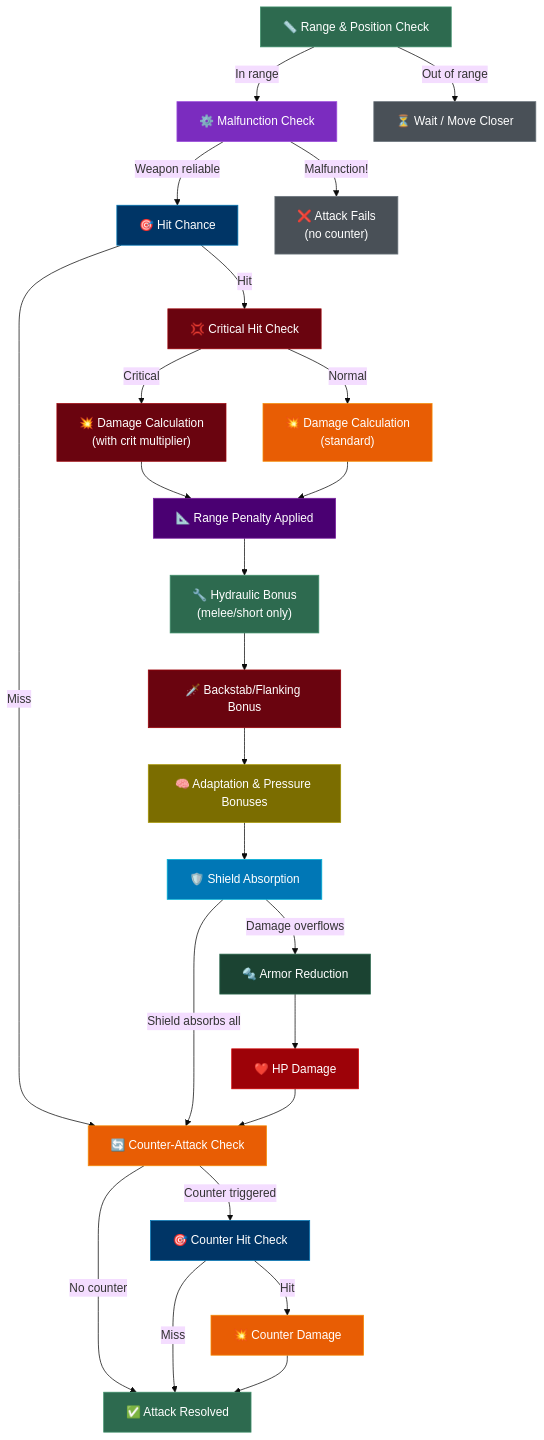
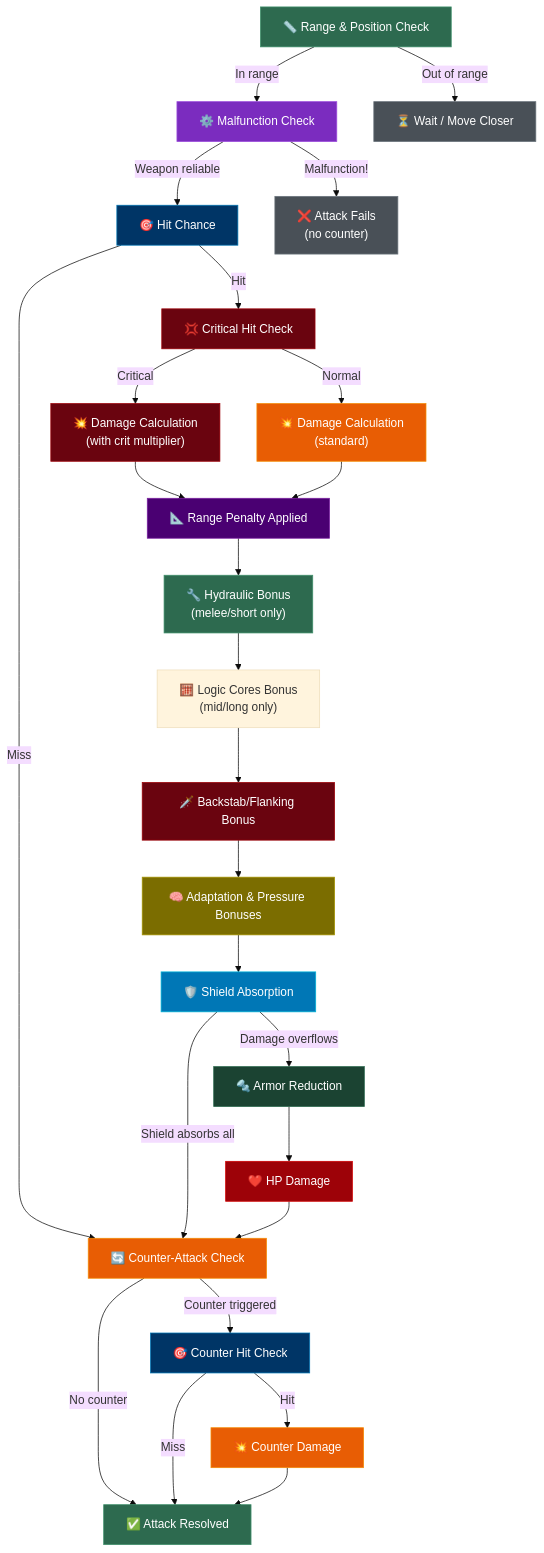
Before and after one commit to RobertTeunissen/ArmouredSouls: the diagram in app/backend/src/content/guide/combat/battle-flow.md, drawn with Mermaid (base theme). The commit also changed other lines of this file and 9 other files, not shown here.

Commit message:
docs(combat): Season 2 Hydraulic Systems retune and Logic Cores ranged damage (#519)

````diff
--- a/app/backend/src/content/guide/combat/battle-flow.md
+++ b/app/backend/src/content/guide/combat/battle-flow.md
@@ -70,45 +70,46 @@
 ```mermaid
 flowchart TD
     R["📏 Range & Position Check"] -->|In range| A["⚙️ Malfunction Check"]
     R -->|Out of range| W["⏳ Wait / Move Closer"]
     A -->|Weapon reliable| B["🎯 Hit Chance"]
     A -->|Malfunction!| F["❌ Attack Fails\n(no counter)"]
     B -->|Hit| C["💢 Critical Hit Check"]
     B -->|Miss| H["🔄 Counter-Attack Check"]
     C -->|Critical| D1["💥 Damage Calculation\n(with crit multiplier)"]
     C -->|Normal| D2["💥 Damage Calculation\n(standard)"]
     D1 --> RNG["📐 Range Penalty Applied"]
     D2 --> RNG
     RNG --> HYD["🔧 Hydraulic Bonus\n(melee/short only)"]
-    HYD --> BS["🗡️ Backstab/Flanking Bonus"]
+    HYD --> LCB["🧮 Logic Cores Bonus\n(mid/long only)"]
+    LCB --> BS["🗡️ Backstab/Flanking Bonus"]
     BS --> ADP["🧠 Adaptation & Pressure Bonuses"]
     ADP --> E1["🛡️ Shield Absorption"]
     E1 -->|Shield absorbs all| H
     E1 -->|Damage overflows| E2["🔩 Armor Reduction"]
     E2 --> E3["❤️ HP Damage"]
     E3 --> H
     H -->|Counter triggered| H2["🎯 Counter Hit Check"]
     H -->|No counter| G["✅ Attack Resolved"]
     H2 -->|Hit| H3["💥 Counter Damage"]
     H2 -->|Miss| G
     H3 --> G
     style R fill:#2d6a4f,stroke:#40916c,color:#fff
     style A fill:#7b2cbf,stroke:#9d4edd,color:#fff
     style B fill:#003566,stroke:#0077b6,color:#fff
     style C fill:#6a040f,stroke:#9d0208,color:#fff
     style D1 fill:#6a040f,stroke:#9d0208,color:#fff
     style D2 fill:#e85d04,stroke:#f48c06,color:#fff
     style RNG fill:#4a0072,stroke:#7b1fa2,color:#fff
     style HYD fill:#2d6a4f,stroke:#40916c,color:#fff
     style BS fill:#6a040f,stroke:#9d0208,color:#fff
     style ADP fill:#7b6d00,stroke:#a69500,color:#fff
     style E1 fill:#0077b6,stroke:#00b4d8,color:#fff
     style E2 fill:#1b4332,stroke:#2d6a4f,color:#fff
     style E3 fill:#9d0208,stroke:#d00000,color:#fff
     style F fill:#495057,stroke:#6c757d,color:#fff
     style G fill:#2d6a4f,stroke:#40916c,color:#fff
     style W fill:#495057,stroke:#6c757d,color:#fff
     style H fill:#e85d04,stroke:#f48c06,color:#fff
     style H2 fill:#003566,stroke:#0077b6,color:#fff
     style H3 fill:#e85d04,stroke:#f48c06,color:#fff
 ```
````
